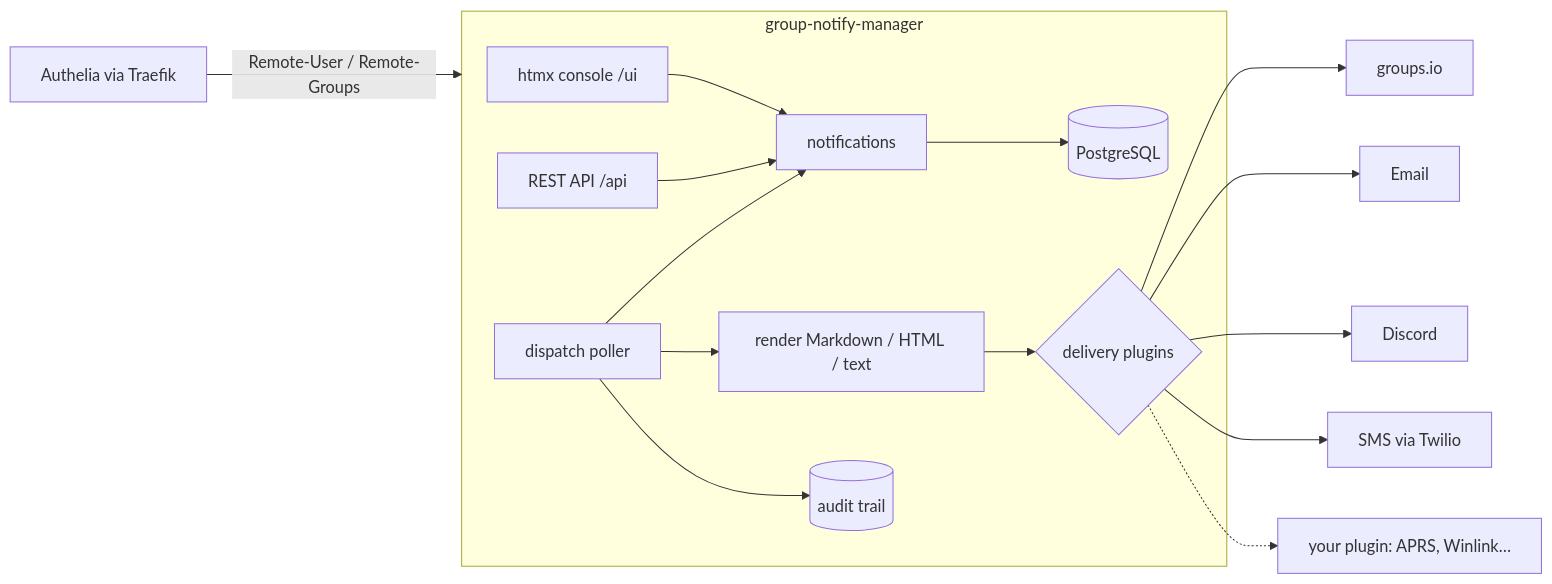
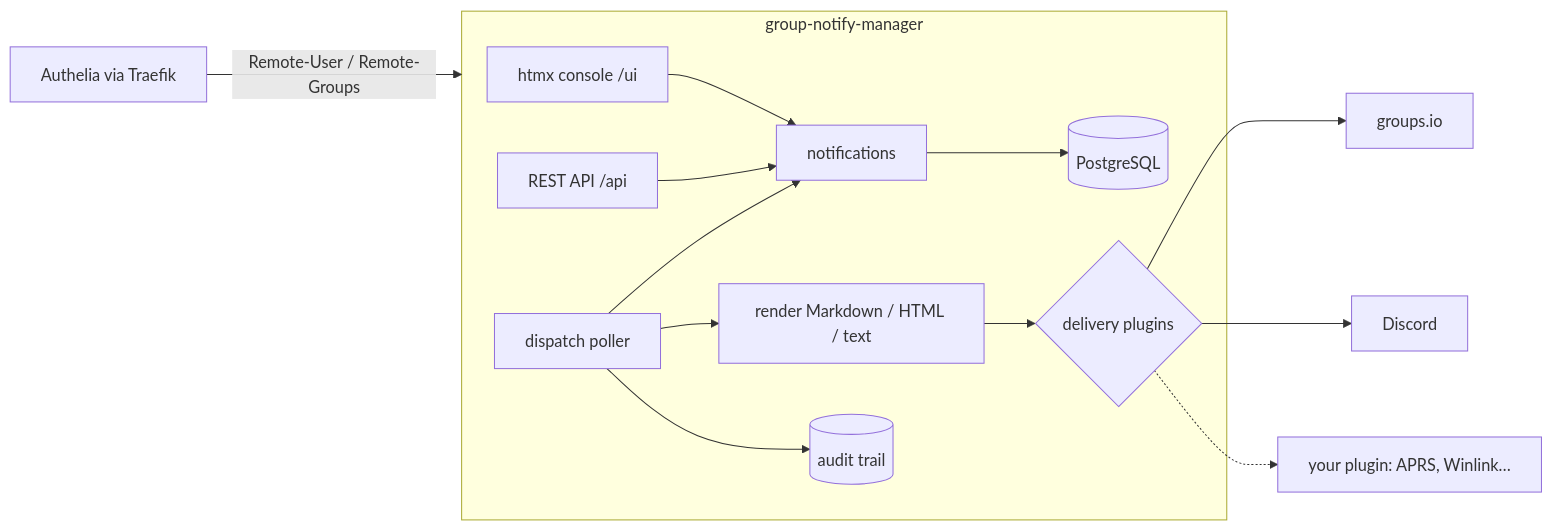
Before and after one commit to brulejr/group-notify-manager: the diagram in README.md, drawn with Mermaid. The commit also changed other lines of this file and 49 other files, not shown here.

````diff
--- a/README.md
+++ b/README.md
@@ -14,18 +14,16 @@
 ```mermaid
 flowchart LR
     authelia[Authelia via Traefik] -- Remote-User / Remote-Groups --> app
     subgraph app [group-notify-manager]
         console[htmx console /ui] --> notifications
         api[REST API /api] --> notifications
         notifications --> pg[(PostgreSQL)]
         scheduler[dispatch poller] --> notifications
         scheduler --> content[render Markdown / HTML / text]
         content --> plugins{delivery plugins}
         scheduler --> audit[(audit trail)]
     end
     plugins --> groupsio[groups.io]
-    plugins --> email[Email]
     plugins --> discord[Discord]
-    plugins --> sms[SMS via Twilio]
     plugins -.-> more[your plugin: APRS, Winlink…]
 ```
````
